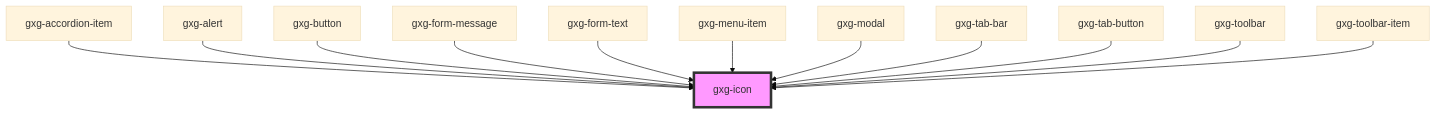
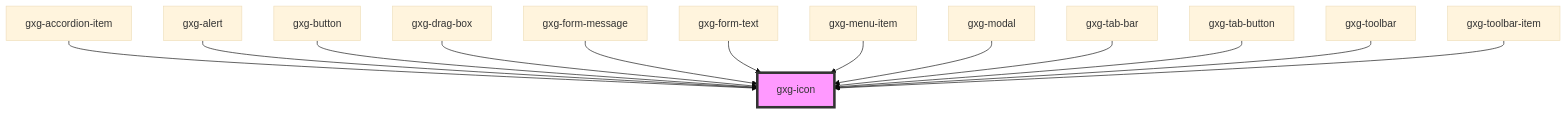
The diagram in src/components/icon/readme.md (genexuslabs/gemini), drawn with Mermaid (base theme) before and after one commit. The commit also changed other lines of this file and 63 other files, not shown here.

````diff
--- a/src/components/icon/readme.md
+++ b/src/components/icon/readme.md
@@ -40,15 +41,16 @@
 ```mermaid
 graph TD;
   gxg-accordion-item --> gxg-icon
   gxg-alert --> gxg-icon
   gxg-button --> gxg-icon
+  gxg-drag-box --> gxg-icon
   gxg-form-message --> gxg-icon
   gxg-form-text --> gxg-icon
   gxg-menu-item --> gxg-icon
   gxg-modal --> gxg-icon
   gxg-tab-bar --> gxg-icon
   gxg-tab-button --> gxg-icon
   gxg-toolbar --> gxg-icon
   gxg-toolbar-item --> gxg-icon
   style gxg-icon fill:#f9f,stroke:#333,stroke-width:4px
 ```
````
